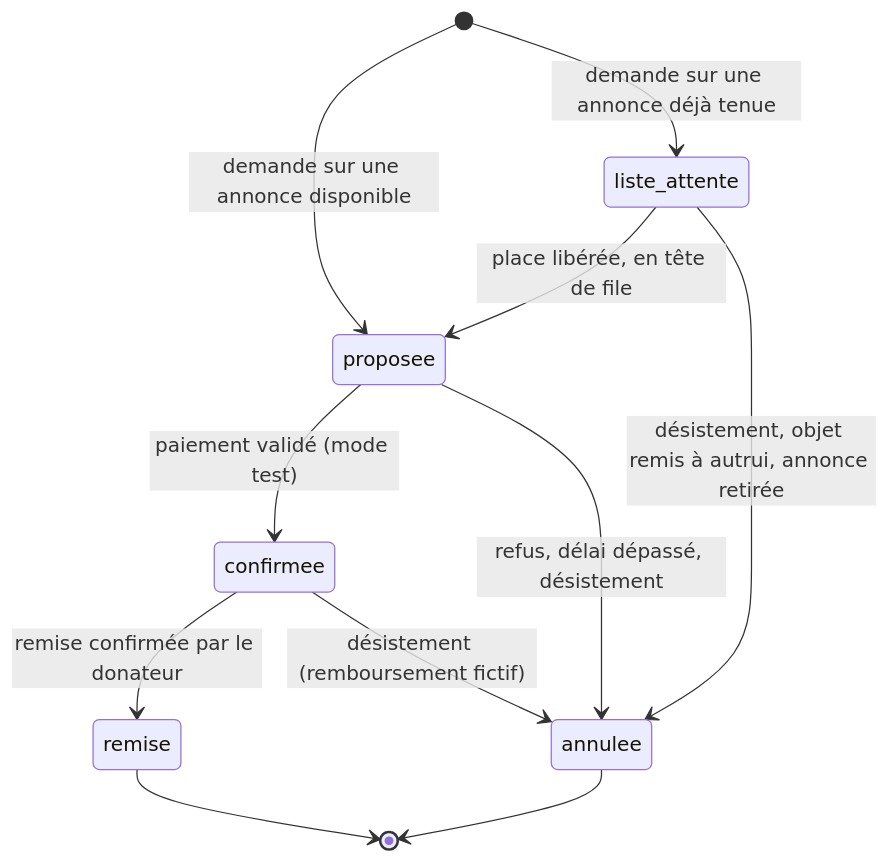
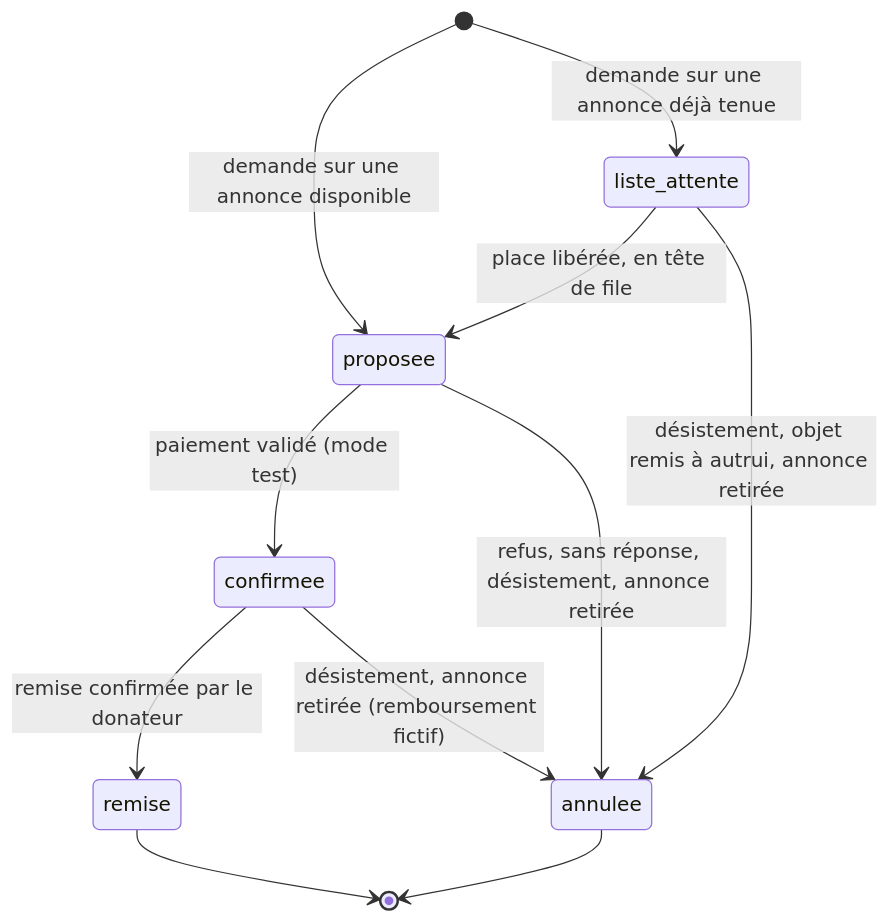
Before and after one commit to Lucas-ui/m2gdp-g6-don: the third of 4 diagrams in specs/data-model.md, drawn with Mermaid. The commit also changed other lines of this file and 1 other file, not shown here.

````diff
--- a/specs/data-model.md
+++ b/specs/data-model.md
@@ -348,17 +348,17 @@
 ```mermaid
 stateDiagram-v2
     [*] --> proposee : demande sur une annonce disponible
     [*] --> liste_attente : demande sur une annonce déjà tenue
 
     liste_attente --> proposee : place libérée, en tête de file
     liste_attente --> annulee : désistement, objet remis à autrui, annonce retirée
 
     proposee --> confirmee : paiement validé (mode test)
-    proposee --> annulee : refus, délai dépassé, désistement
+    proposee --> annulee : refus, sans réponse, désistement, annonce retirée
 
     confirmee --> remise : remise confirmée par le donateur
-    confirmee --> annulee : désistement (remboursement fictif)
+    confirmee --> annulee : désistement, annonce retirée (remboursement fictif)
 
     remise --> [*]
     annulee --> [*]
 ```
````
